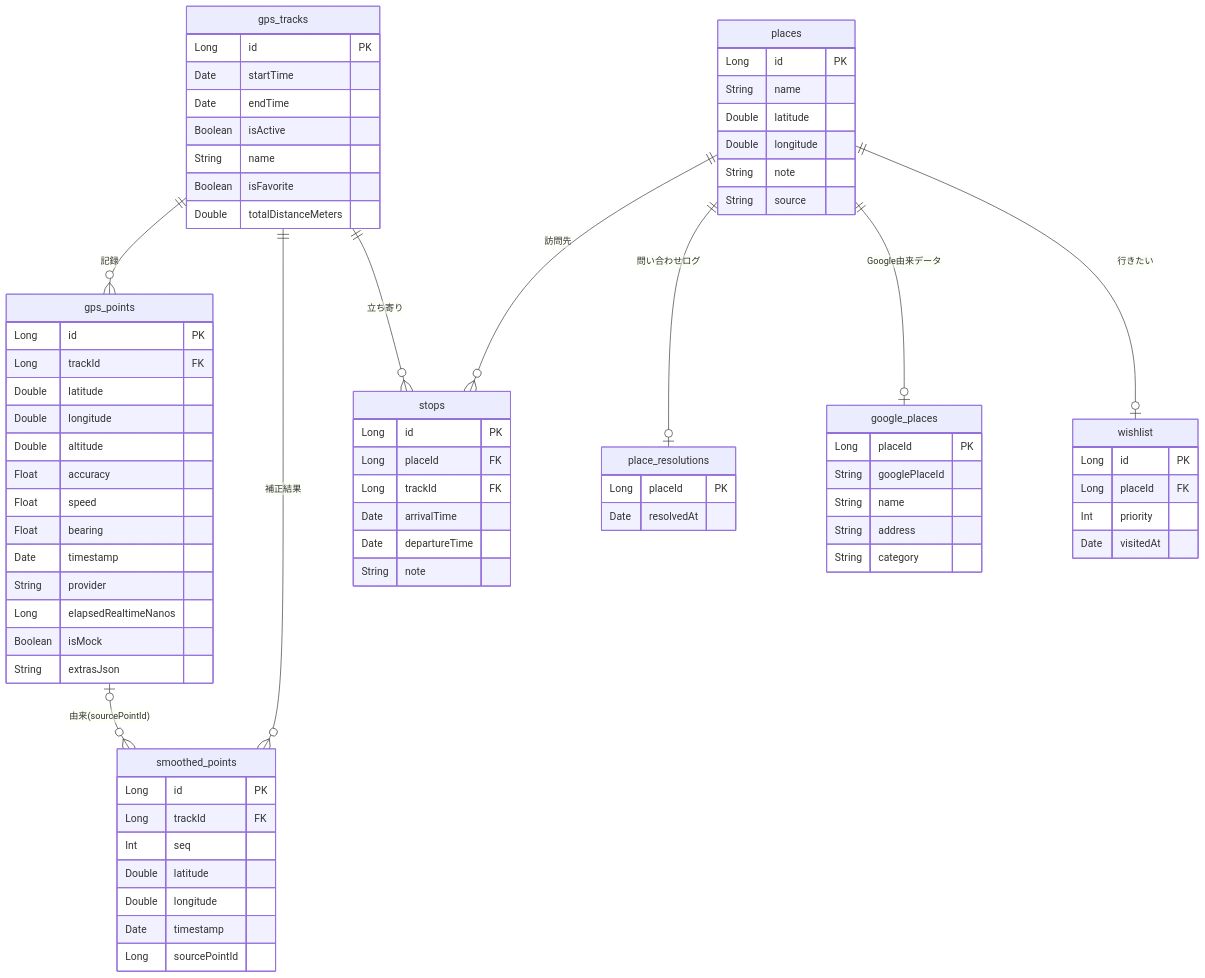
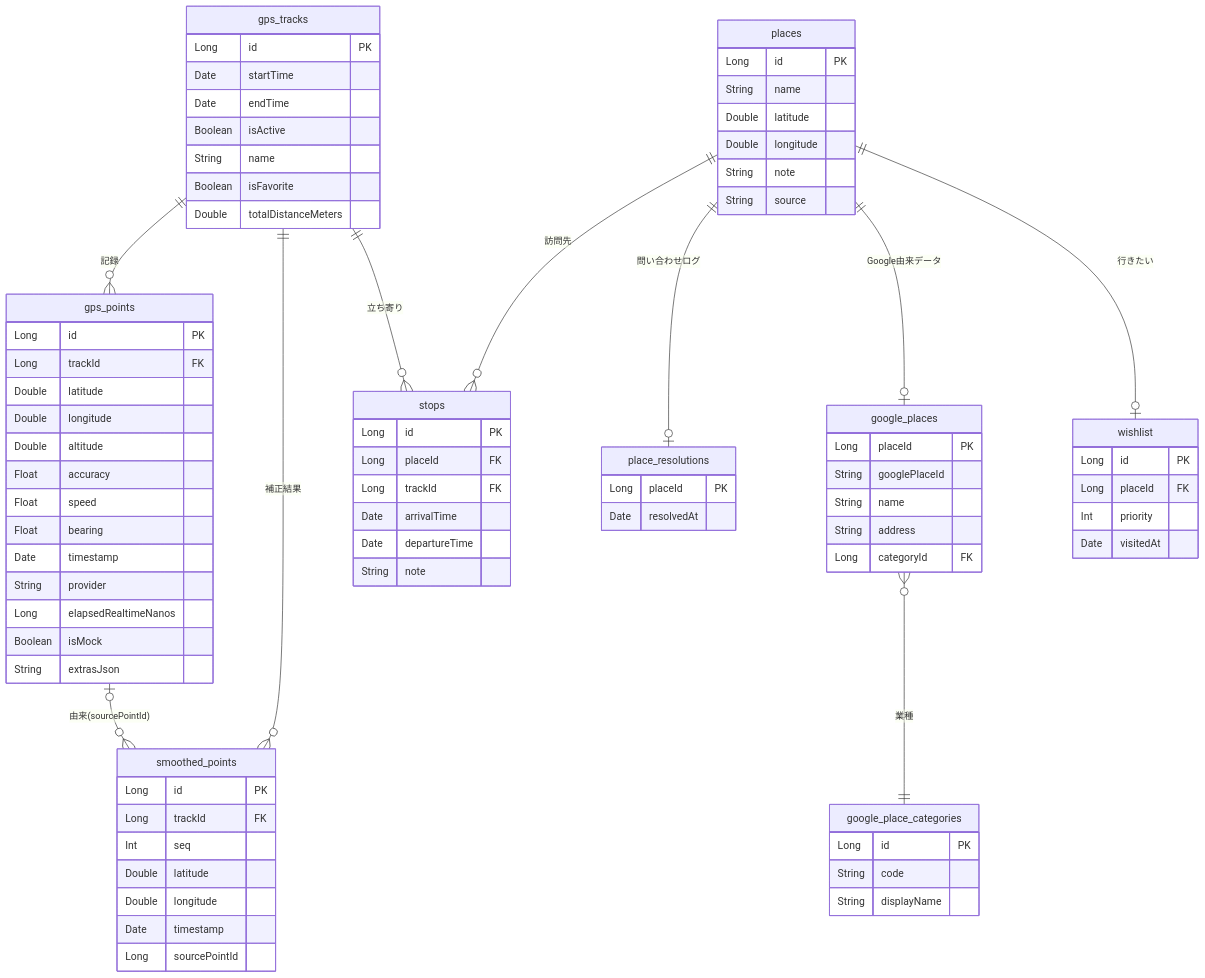
Before and after one commit to y-nosuke/pathly: the diagram in docs/specs/model.md, drawn with Mermaid. The commit also changed other lines of this file and 35 other files, not shown here.

```diff
--- a/docs/specs/model.md
+++ b/docs/specs/model.md
@@ -19,6 +19,7 @@
   places ||--o{ stops : "訪問先"
   places ||--o| place_resolutions : "問い合わせログ"
   places ||--o| google_places : "Google由来データ"
+  google_places }o--|| google_place_categories : "業種"
   places ||--o| wishlist : "行きたい"
   gps_points |o--o{ smoothed_points : "由来(sourcePointId)"
 
@@ -80,7 +81,12 @@
     String googlePlaceId
     String name
     String address
-    String category
+    Long categoryId FK
+  }
+  google_place_categories {
+    Long id PK
+    String code
+    String displayName
   }
   wishlist {
     Long id PK
```
